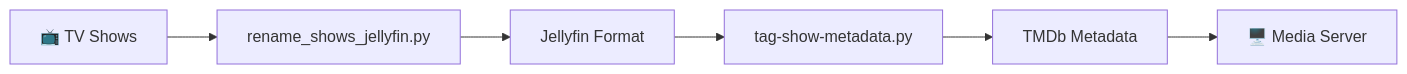
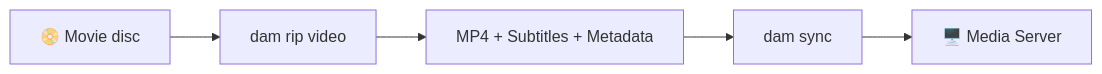
Before and after one commit to geniusworks/digital-archive-maker: the third of 3 diagrams in docs/workflow_overview.md, drawn with Mermaid. The commit also changed other lines of this file and 1 other file, not shown here.

````diff
--- a/docs/workflow_overview.md
+++ b/docs/workflow_overview.md
@@ -206,8 +135,7 @@
 ```mermaid
 flowchart LR
-    A[📺 TV Shows] --> B[rename_shows_jellyfin.py]
-    B --> C[Jellyfin Format]
-    C --> D[tag-show-metadata.py]
-    D --> E[TMDb Metadata]
-    E --> F[🖥️ Media Server]
+    A[📀 Movie disc] --> B[dam rip video]
+    B --> C[MP4 + Subtitles + Metadata]
+    C --> D[dam sync]
+    D --> E[🖥️ Media Server]
 ```
````
